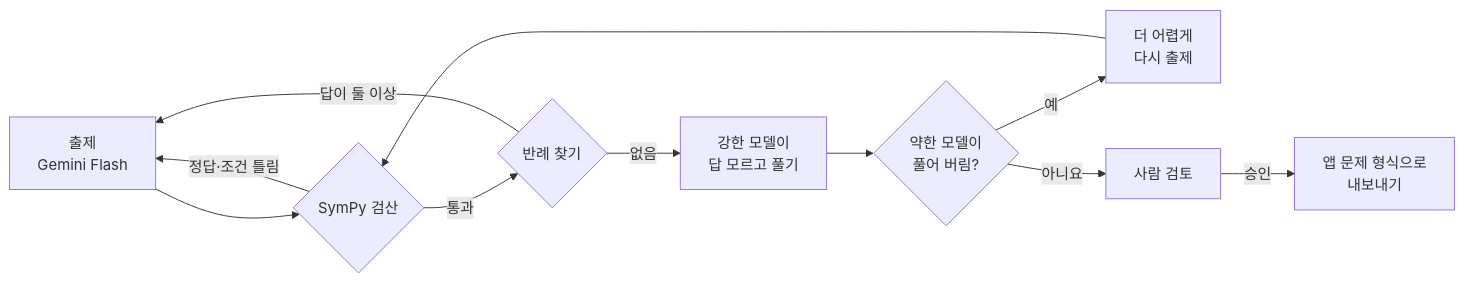
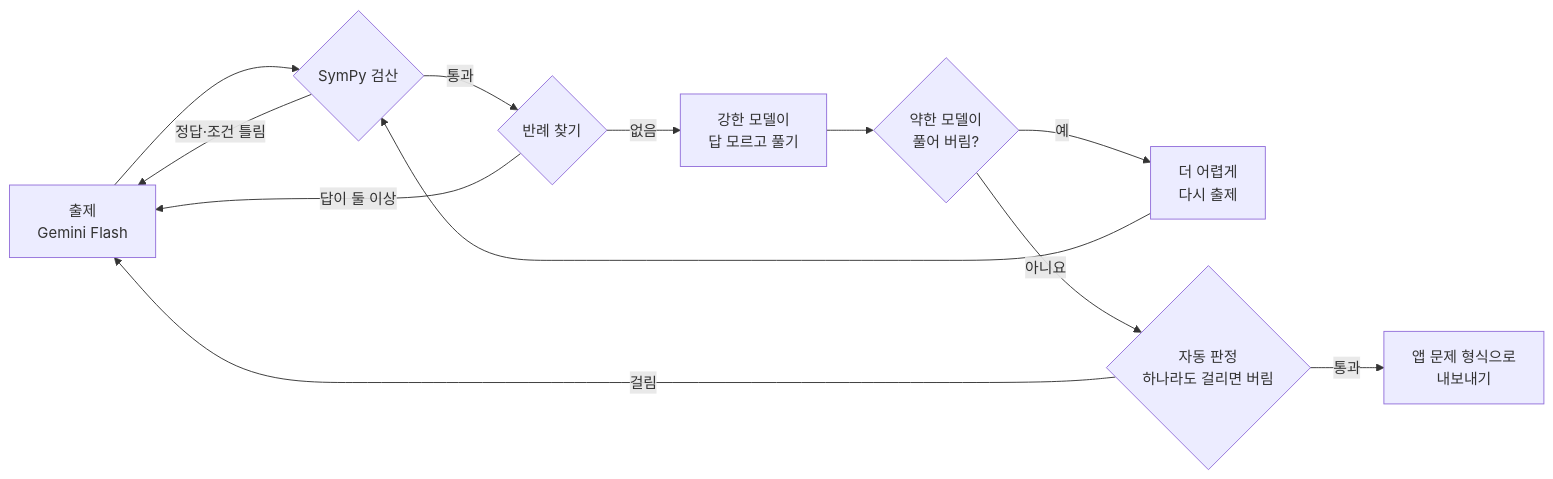
The second of 2 diagrams in README.md (lilkimbab/Proofy), drawn with Mermaid before and after one commit. The commit also changed other lines of this file and 3 other files, not shown here.

````diff
--- a/README.md
+++ b/README.md
@@ -62,13 +62,14 @@
 ```mermaid
 flowchart LR
     A[출제<br/>Gemini Flash] --> B{SymPy 검산}
     B -- 정답·조건 틀림 --> A
     B -- 통과 --> C{반례 찾기}
     C -- 답이 둘 이상 --> A
     C -- 없음 --> D[강한 모델이<br/>답 모르고 풀기]
     D --> E{약한 모델이<br/>풀어 버림?}
     E -- 예 --> F[더 어렵게<br/>다시 출제]
     F --> B
-    E -- 아니요 --> G[사람 검토]
-    G -- 승인 --> H[앱 문제 형식으로<br/>내보내기]
+    E -- 아니요 --> G{자동 판정<br/>하나라도 걸리면 버림}
+    G -- 통과 --> H[앱 문제 형식으로<br/>내보내기]
+    G -- 걸림 --> A
 ```
````
